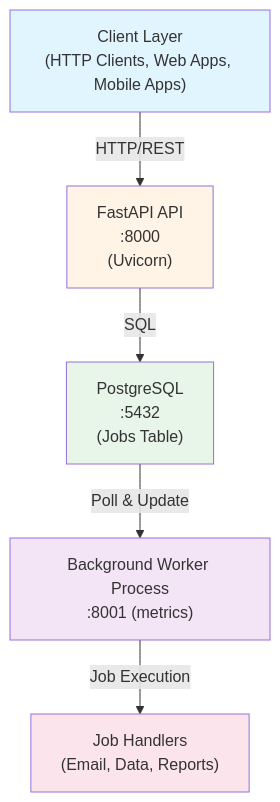
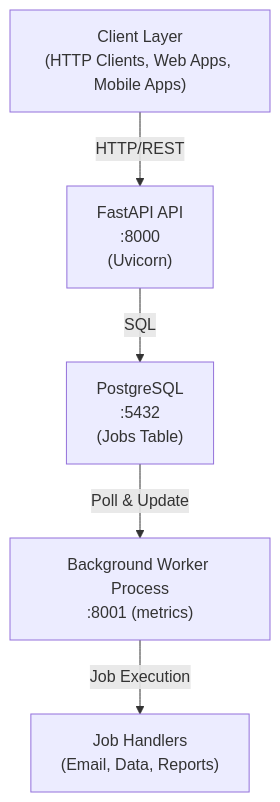
Before and after one commit to Hgaffa/Reliable-Event-Processing-Service: the first of 3 diagrams in README.md, drawn with Mermaid. The commit also changed other lines of this file, not shown here.

````diff
--- a/README.md
+++ b/README.md
@@ -62,19 +62,13 @@
 ```mermaid
 graph TB
     Client["Client Layer<br/>(HTTP Clients, Web Apps, Mobile Apps)"]
     API["FastAPI API<br/>:8000<br/>(Uvicorn)"]
     DB["PostgreSQL<br/>:5432<br/>(Jobs Table)"]
     Worker["Background Worker Process<br/>:8001 (metrics)"]
     Handlers["Job Handlers<br/>(Email, Data, Reports)"]
     
     Client -->|HTTP/REST| API
     API -->|SQL| DB
     DB -->|Poll & Update| Worker
     Worker -->|Job Execution| Handlers
-    
-    style Client fill:#e1f5ff
-    style API fill:#fff4e6
-    style DB fill:#e8f5e9
-    style Worker fill:#f3e5f5
-    style Handlers fill:#fce4ec
 ```
````
